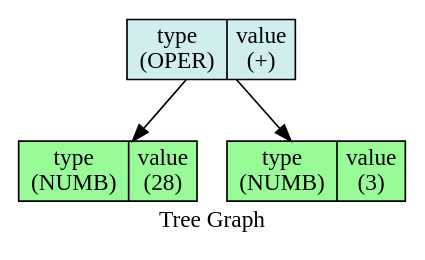
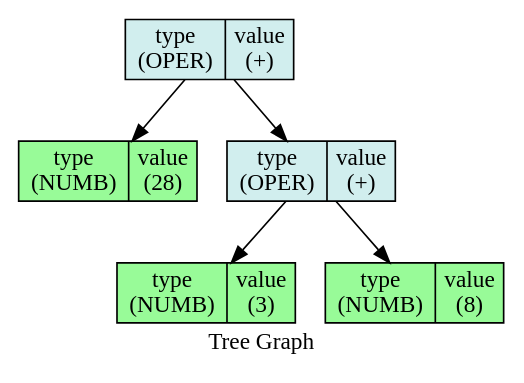
One commit to StaVan28/iLab changed the diagram in 8_differentiator/Txt/dump_tree_rls.dot. Above: the diagram before and after it, drawn with Graphviz. The commit also changed 6 other files, not shown here.

```diff
--- a/8_differentiator/Txt/dump_tree_rls.dot
+++ b/8_differentiator/Txt/dump_tree_rls.dot
@@ -1,18 +1,26 @@
 digraph Tree {
 
     node [shape = "circle", style = "filled", fillcolor = "red",fontcolor = "#000000", margin = "0.01"];
     rankdir = "TB";
     label   = "Tree Graph";
 
     "_0x4dbc858" [  label = "{ {type \n (OPER) | value\n (+)}}"fillcolor = "lightcyan2", shape = "record"];
     "_0x4dbc858"->"_0x4dbc828";
-    "_0x4dbc858"->"_0x4dbc888";
+    "_0x4dbc858"->"_0x4dbc8b8";
 
 
     "_0x4dbc828" [  label = "{ {type \n (NUMB) | value\n (28)}}"fillcolor = "palegreen", shape = "record"];
 
 
+    "_0x4dbc8b8" [  label = "{ {type \n (OPER) | value\n (+)}}"fillcolor = "lightcyan2", shape = "record"];
+    "_0x4dbc8b8"->"_0x4dbc888";
+    "_0x4dbc8b8"->"_0x4dbc8e8";
+
+
     "_0x4dbc888" [  label = "{ {type \n (NUMB) | value\n (3)}}"fillcolor = "palegreen", shape = "record"];
 
 
+    "_0x4dbc8e8" [  label = "{ {type \n (NUMB) | value\n (8)}}"fillcolor = "palegreen", shape = "record"];
+
+
 }
```
